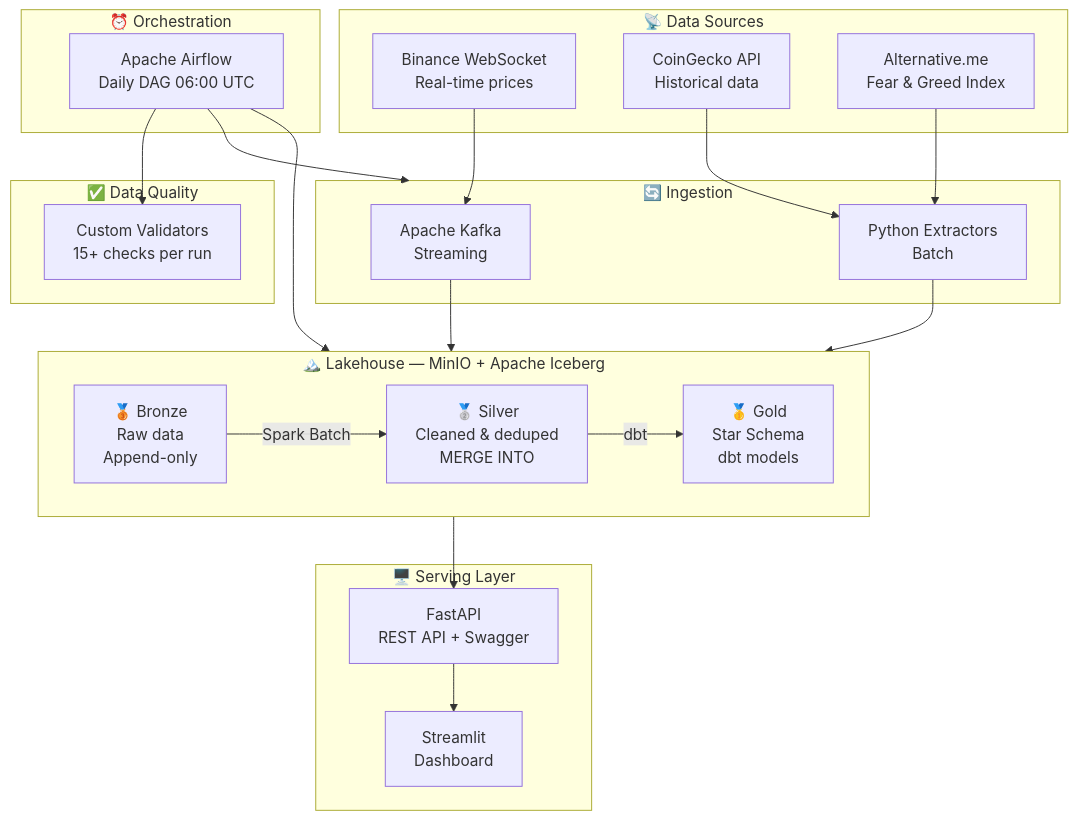
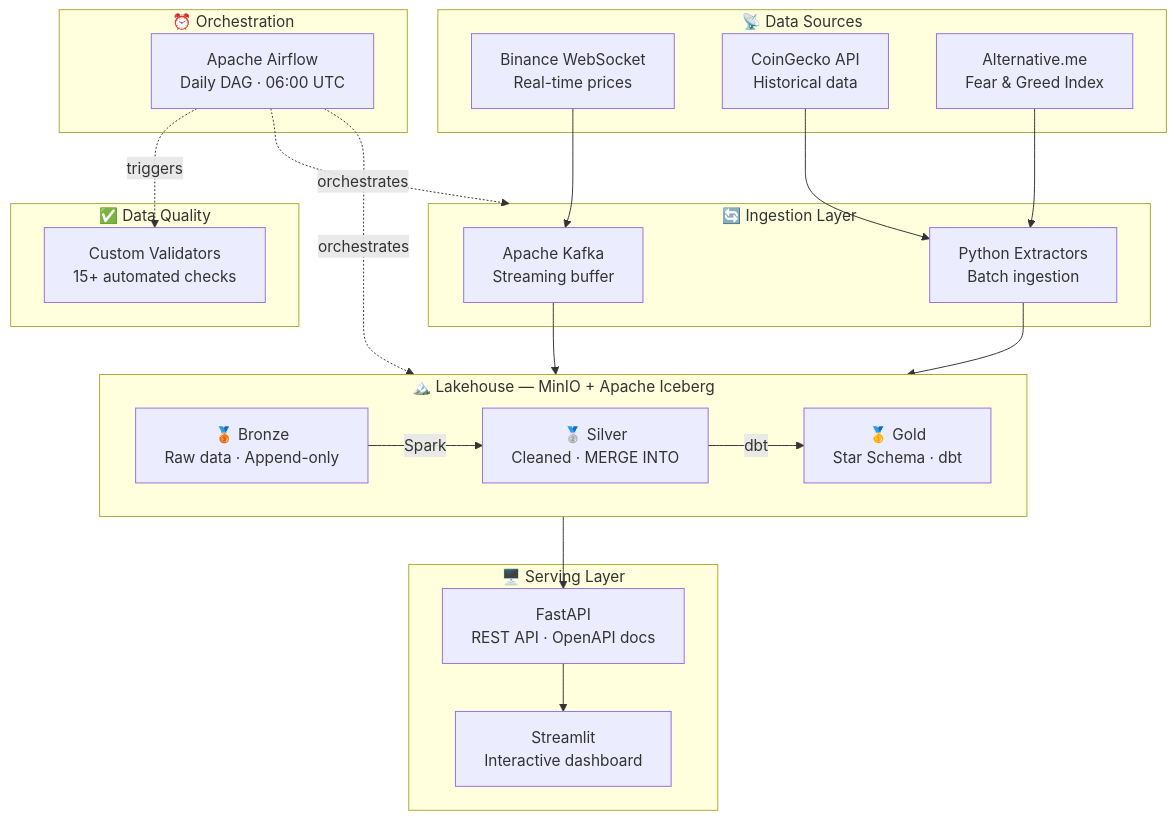
Before and after one commit to joseluis-m/cryptolake: the diagram in README.md, drawn with Mermaid. The commit also changed other lines of this file and 2 other files, not shown here.

````diff
--- a/README.md
+++ b/README.md
@@ -22,43 +22,43 @@
 ```mermaid
 graph TB
     subgraph Sources["📡 Data Sources"]
         BN[Binance WebSocket<br/>Real-time prices]
         CG[CoinGecko API<br/>Historical data]
         FG[Alternative.me<br/>Fear & Greed Index]
     end
 
-    subgraph Ingestion["🔄 Ingestion"]
-        KF[Apache Kafka<br/>Streaming]
-        PY[Python Extractors<br/>Batch]
+    subgraph Ingestion["🔄 Ingestion Layer"]
+        KF[Apache Kafka<br/>Streaming buffer]
+        PY[Python Extractors<br/>Batch ingestion]
     end
 
     subgraph Lakehouse["🏔️ Lakehouse — MinIO + Apache Iceberg"]
         direction LR
-        BR["🥉 Bronze<br/>Raw data<br/>Append-only"]
-        SL["🥈 Silver<br/>Cleaned & deduped<br/>MERGE INTO"]
-        GL["🥇 Gold<br/>Star Schema<br/>dbt models"]
-        BR -->|Spark Batch| SL
+        BR["🥉 Bronze<br/>Raw data · Append-only"]
+        SL["🥈 Silver<br/>Cleaned · MERGE INTO"]
+        GL["🥇 Gold<br/>Star Schema · dbt"]
+        BR -->|Spark| SL
         SL -->|dbt| GL
     end
 
     subgraph Orchestration["⏰ Orchestration"]
-        AF[Apache Airflow<br/>Daily DAG 06:00 UTC]
+        AF[Apache Airflow<br/>Daily DAG · 06:00 UTC]
     end
 
     subgraph Quality["✅ Data Quality"]
-        DQ[Custom Validators<br/>15+ checks per run]
+        DQ[Custom Validators<br/>15+ automated checks]
     end
 
     subgraph Serving["🖥️ Serving Layer"]
-        API[FastAPI<br/>REST API + Swagger]
-        ST[Streamlit<br/>Dashboard]
+        API[FastAPI<br/>REST API · OpenAPI docs]
+        ST[Streamlit<br/>Interactive dashboard]
     end
 
     BN --> KF --> BR
     CG --> PY --> BR
     FG --> PY
-    AF --> Ingestion
-    AF --> Lakehouse
-    AF --> DQ
+    AF -.->|orchestrates| Ingestion
+    AF -.->|orchestrates| Lakehouse
+    AF -.->|triggers| DQ
     GL --> API --> ST
 ```
````
